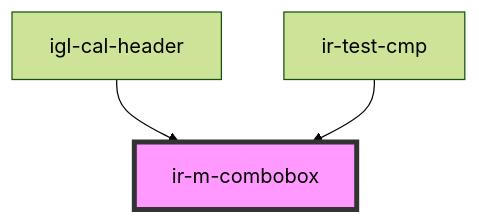
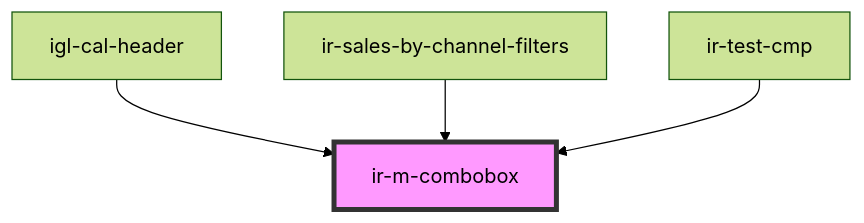
Before and after one commit to David1Chowaifaty/modified-ir-webcmp: the diagram in src/components/ir-m-combobox/readme.md, drawn with Mermaid (forest theme). The commit also changed other lines of this file and 50 other files, not shown here.

````diff
--- a/src/components/ir-m-combobox/readme.md
+++ b/src/components/ir-m-combobox/readme.md
@@ -55,6 +57,7 @@
 ```mermaid
 graph TD;
   igl-cal-header --> ir-m-combobox
+  ir-sales-by-channel-filters --> ir-m-combobox
   ir-test-cmp --> ir-m-combobox
   style ir-m-combobox fill:#f9f,stroke:#333,stroke-width:4px
 ```
````
